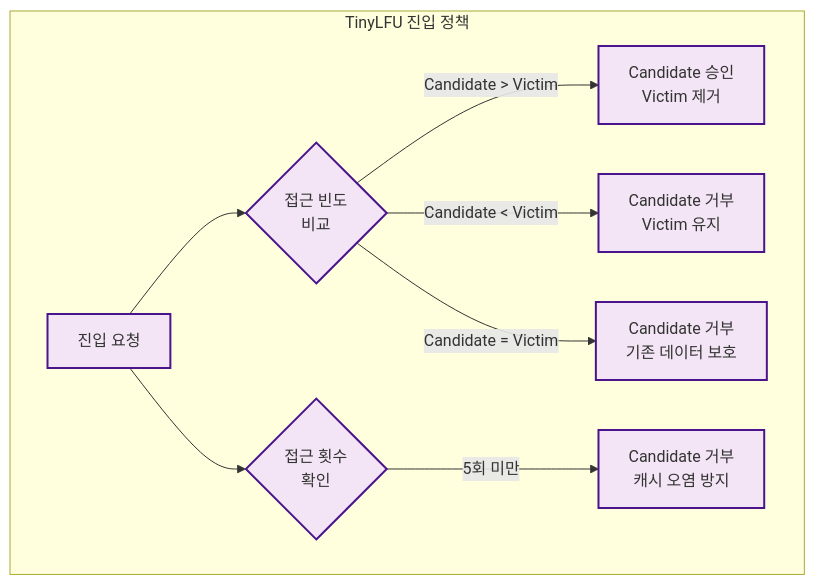
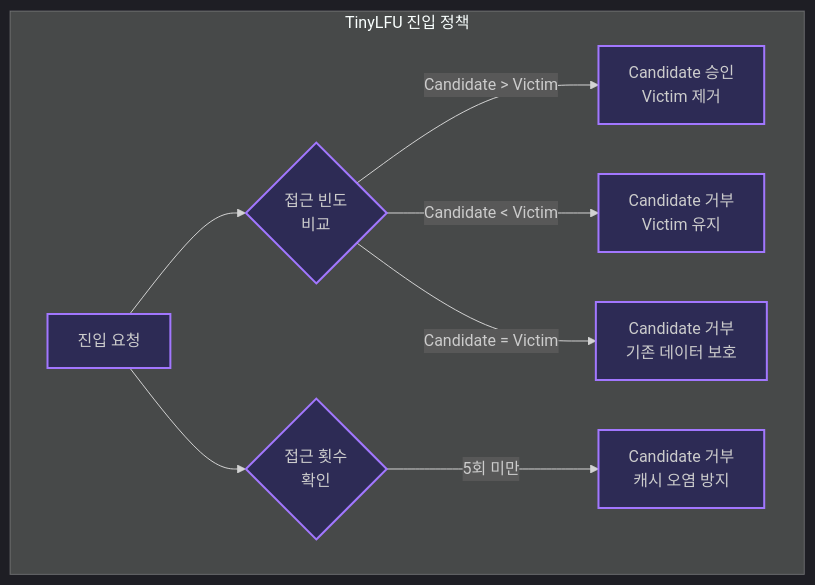
The second of 3 diagrams in _posts/2023-01-01-SUWIKI-4.md (K-Diger/K-Diger.github.io), drawn with Mermaid before and after one commit. The commit also changed other lines of this file, not shown here.

````diff
--- a/_posts/2023-01-01-SUWIKI-4.md
+++ b/_posts/2023-01-01-SUWIKI-4.md
@@ -95,14 +96,15 @@
 ```mermaid
+%%{init: { 'theme':'dark' }}%%
 graph TD
     subgraph TinyLFUFlow["TinyLFU 진입 정책"]
         Start[진입 요청] --> CompareFreq{접근 빈도<br/>비교}
         CompareFreq -->|"Candidate > Victim"| Accept[Candidate 승인<br/>Victim 제거]
         CompareFreq -->|"Candidate < Victim"| Reject[Candidate 거부<br/>Victim 유지]
         CompareFreq -->|"Candidate = Victim"| RejectEqual[Candidate 거부<br/>기존 데이터 보호]
         Start --> CheckFreq{접근 횟수<br/>확인}
         CheckFreq -->|"5회 미만"| RejectLow[Candidate 거부<br/>캐시 오염 방지]
     end
 
-    classDef flowBox fill:#f3e5f5,stroke:#4a148c,stroke-width:2px
+    classDef flowBox fill:#2d2b55,stroke:#a277ff,stroke-width:2px
     class Start,CompareFreq,Accept,Reject,RejectEqual,CheckFreq,RejectLow flowBox
 ```
````
